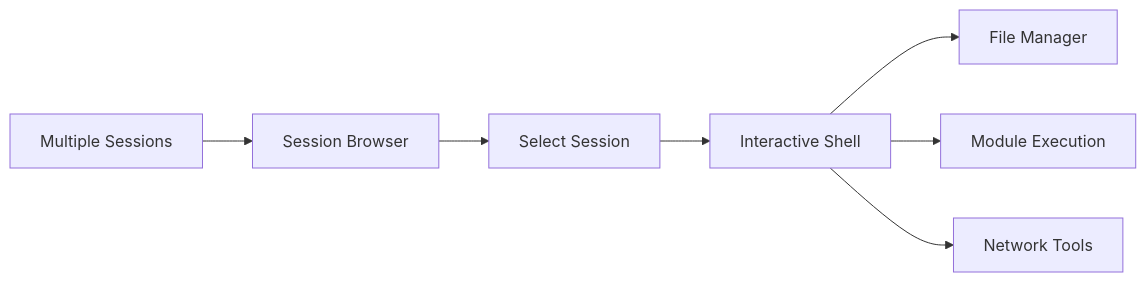
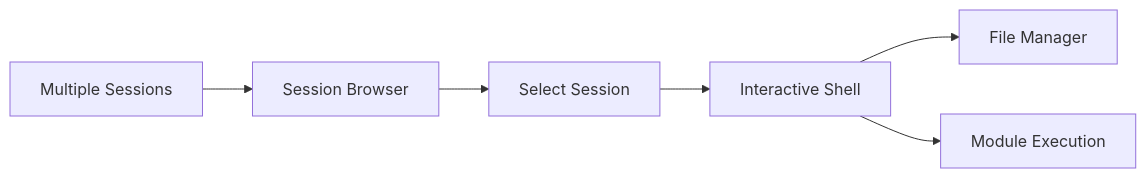
Before and after one commit to Aryma-f4/necromancy: the second of 4 diagrams in README.md, drawn with Mermaid. The commit also changed other lines of this file and 3 other files, not shown here.

````diff
--- a/README.md
+++ b/README.md
@@ -112,9 +59,8 @@
 ```mermaid
 graph LR
     A[Multiple Sessions] --> B[Session Browser]
     B --> C[Select Session]
     C --> D[Interactive Shell]
     D --> E[File Manager]
     D --> F[Module Execution]
-    D --> G[Network Tools]
 ```
````
